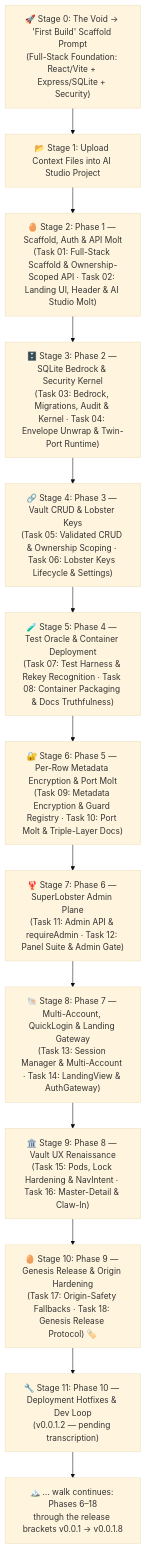
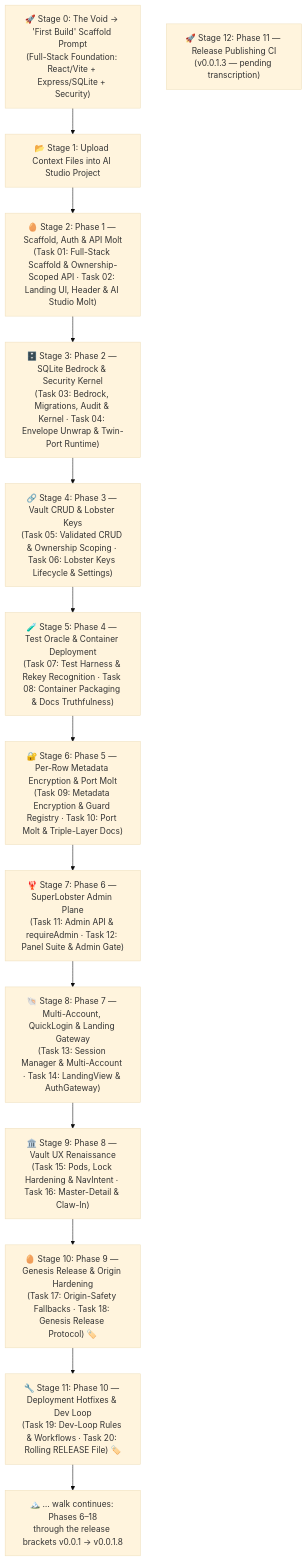
Before and after one commit to ClawStackStudios/ShellGuard: the diagram in project/meta-prompt-ai-studio.md, drawn with Mermaid (base theme). The commit also changed other lines of this file and 2 other files, not shown here.

First line of the commit message:
docs: transcribe Phase 10 - Deployment Hotfixes & Dev-Loop Formalization (v0.0.1.2)

````diff
--- a/project/meta-prompt-ai-studio.md
+++ b/project/meta-prompt-ai-studio.md
@@ -16,29 +16,30 @@
 ```mermaid
 flowchart TD
     Step0["🚀 Stage 0: The Void → 'First Build' Scaffold Prompt<br/>(Full-Stack Foundation: React/Vite + Express/SQLite + Security)"]
     UploadContext["📂 Stage 1: Upload Context Files into AI Studio Project"]
     Phase1["🥚 Stage 2: Phase 1 — Scaffold, Auth & API Molt<br/>(Task 01: Full-Stack Scaffold & Ownership-Scoped API · Task 02: Landing UI, Header & AI Studio Molt)"]
     Phase2["🗄️ Stage 3: Phase 2 — SQLite Bedrock & Security Kernel<br/>(Task 03: Bedrock, Migrations, Audit & Kernel · Task 04: Envelope Unwrap & Twin-Port Runtime)"]
     Phase3["🔗 Stage 4: Phase 3 — Vault CRUD & Lobster Keys<br/>(Task 05: Validated CRUD & Ownership Scoping · Task 06: Lobster Keys Lifecycle & Settings)"]
     Phase4["🧪 Stage 5: Phase 4 — Test Oracle & Container Deployment<br/>(Task 07: Test Harness & Rekey Recognition · Task 08: Container Packaging & Docs Truthfulness)"]
     Phase5["🔐 Stage 6: Phase 5 — Per-Row Metadata Encryption & Port Molt<br/>(Task 09: Metadata Encryption & Guard Registry · Task 10: Port Molt & Triple-Layer Docs)"]
     Phase6["🦞 Stage 7: Phase 6 — SuperLobster Admin Plane<br/>(Task 11: Admin API & requireAdmin · Task 12: Panel Suite & Admin Gate)"]
     Phase7["🐚 Stage 8: Phase 7 — Multi-Account, QuickLogin & Landing Gateway<br/>(Task 13: Session Manager & Multi-Account · Task 14: LandingView & AuthGateway)"]
     Phase8["🏛️ Stage 9: Phase 8 — Vault UX Renaissance<br/>(Task 15: Pods, Lock Hardening & NavIntent · Task 16: Master-Detail & Claw-In)"]
     Phase9["🥚 Stage 10: Phase 9 — Genesis Release & Origin Hardening<br/>(Task 17: Origin-Safety Fallbacks · Task 18: Genesis Release Protocol) 🏷️"]
-    Phase10["🔧 Stage 11: Phase 10 — Deployment Hotfixes & Dev Loop<br/>(v0.0.1.2 — pending transcription)"]
+    Phase10["🔧 Stage 11: Phase 10 — Deployment Hotfixes & Dev Loop<br/>(Task 19: Dev-Loop Rules & Workflows · Task 20: Rolling RELEASE File) 🏷️"]
+    Phase11["🚀 Stage 12: Phase 11 — Release Publishing CI<br/>(v0.0.1.3 — pending transcription)"]
     Summit["🏔️ … walk continues: Phases 6–18<br/>through the release brackets v0.0.1 → v0.0.1.8"]
 
     Step0 --> UploadContext
     UploadContext --> Phase1
     Phase1 --> Phase2
     Phase2 --> Phase3
     Phase3 --> Phase4
     Phase4 --> Phase5
     Phase5 --> Phase6
     Phase6 --> Phase7
     Phase7 --> Phase8
     Phase8 --> Phase9
     Phase9 --> Phase10
     Phase10 --> Summit
 ```
````
